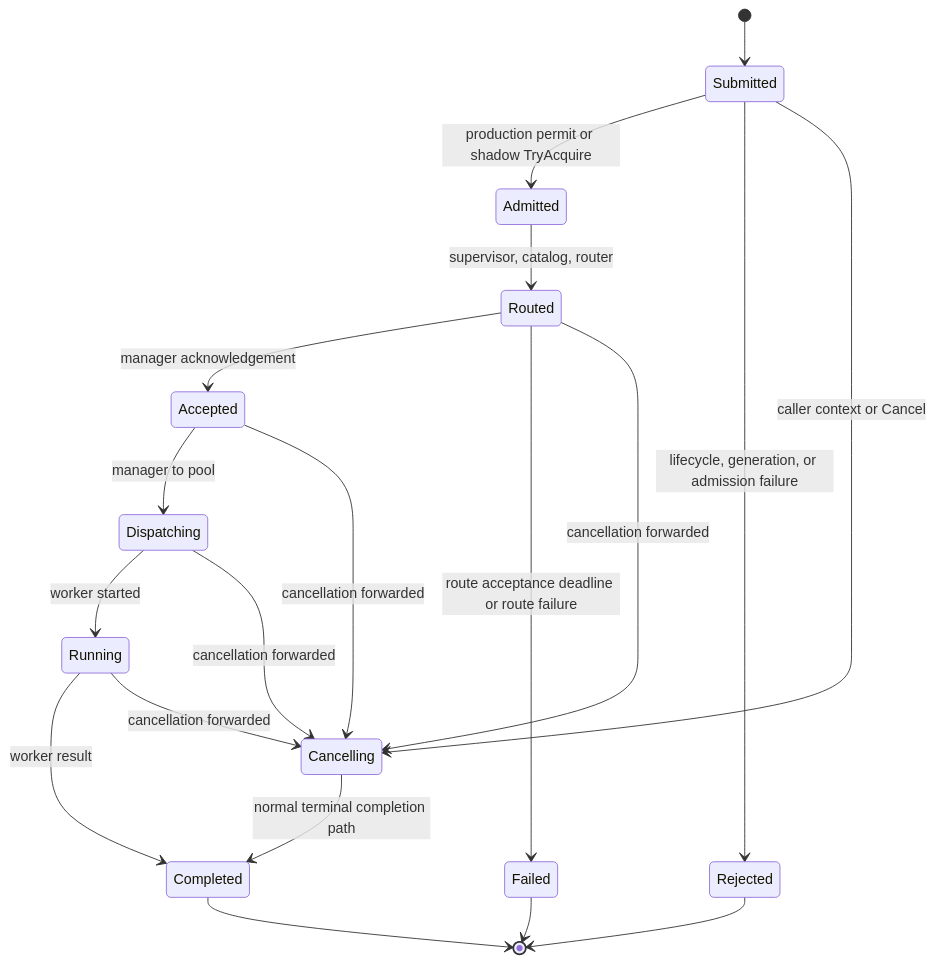
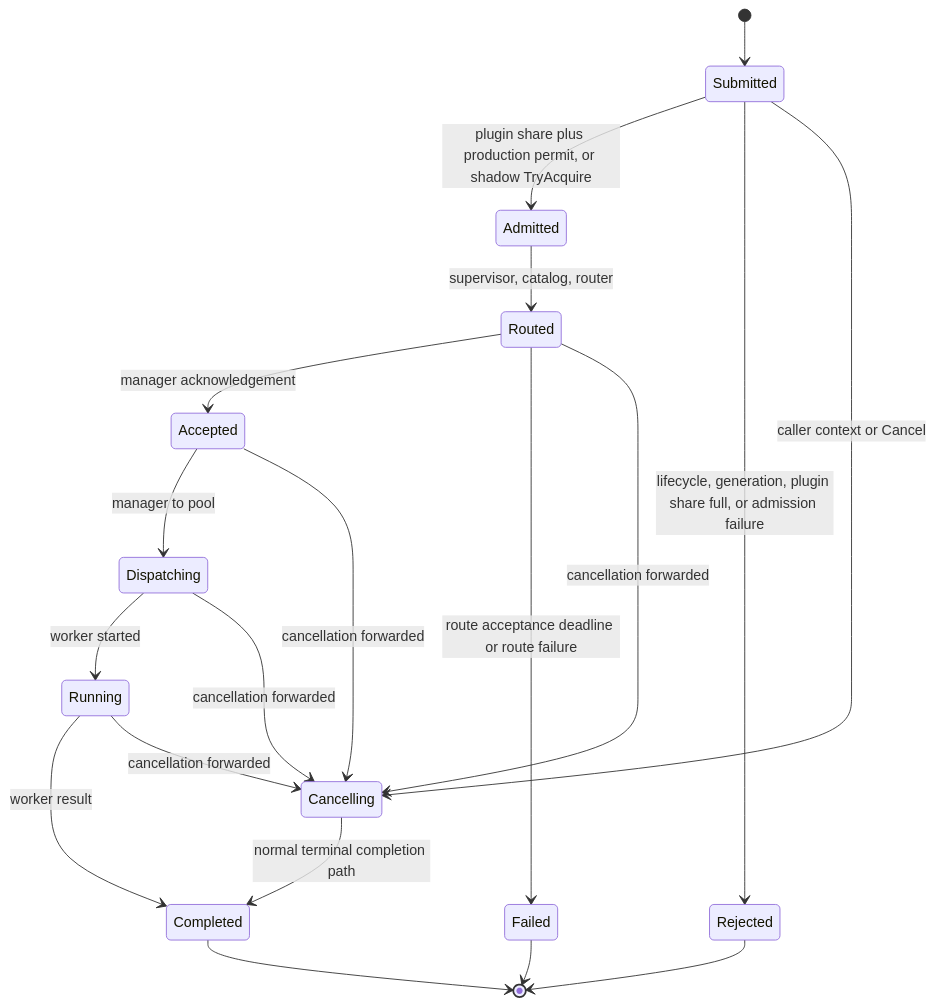
One commit to HarishHary/blink changed diagram 15 of 15 in docs/internals/plugin-runtime.md. Above: the diagram before and after it, drawn with Mermaid. The commit also changed other lines of this file and 3 other files, not shown here.

````diff
--- a/docs/internals/plugin-runtime.md
+++ b/docs/internals/plugin-runtime.md
@@ -534,21 +542,21 @@
 ```mermaid
 stateDiagram-v2
     [*] --> Submitted
-    Submitted --> Admitted: production permit or shadow TryAcquire
-    Submitted --> Rejected: lifecycle, generation, or admission failure
+    Submitted --> Admitted: plugin share plus production permit, or shadow TryAcquire
+    Submitted --> Rejected: lifecycle, generation, plugin share full, or admission failure
     Admitted --> Routed: supervisor, catalog, router
     Routed --> Accepted: manager acknowledgement
     Routed --> Failed: route acceptance deadline or route failure
     Accepted --> Dispatching: manager to pool
     Dispatching --> Running: worker started
     Running --> Completed: worker result
     Submitted --> Cancelling: caller context or Cancel
     Routed --> Cancelling: cancellation forwarded
     Accepted --> Cancelling: cancellation forwarded
     Dispatching --> Cancelling: cancellation forwarded
     Running --> Cancelling: cancellation forwarded
     Cancelling --> Completed: normal terminal completion path
     Completed --> [*]
     Failed --> [*]
     Rejected --> [*]
 ```
````
